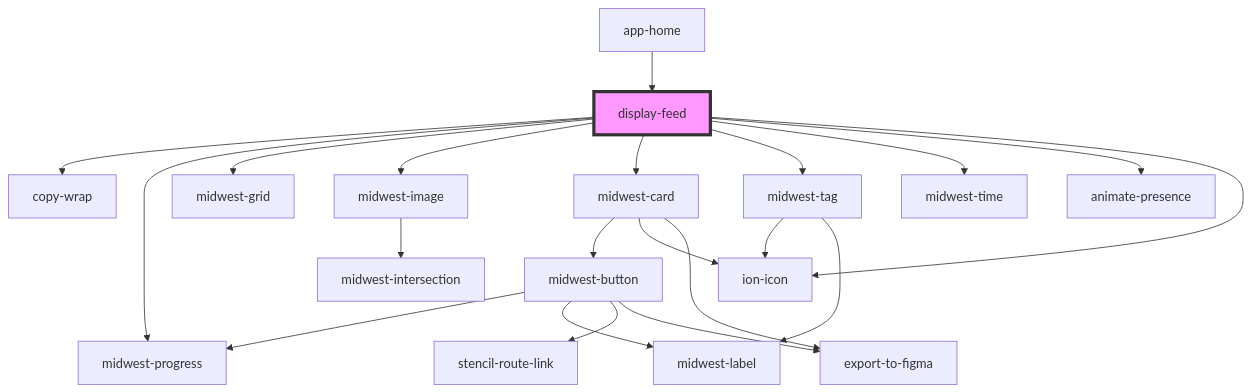
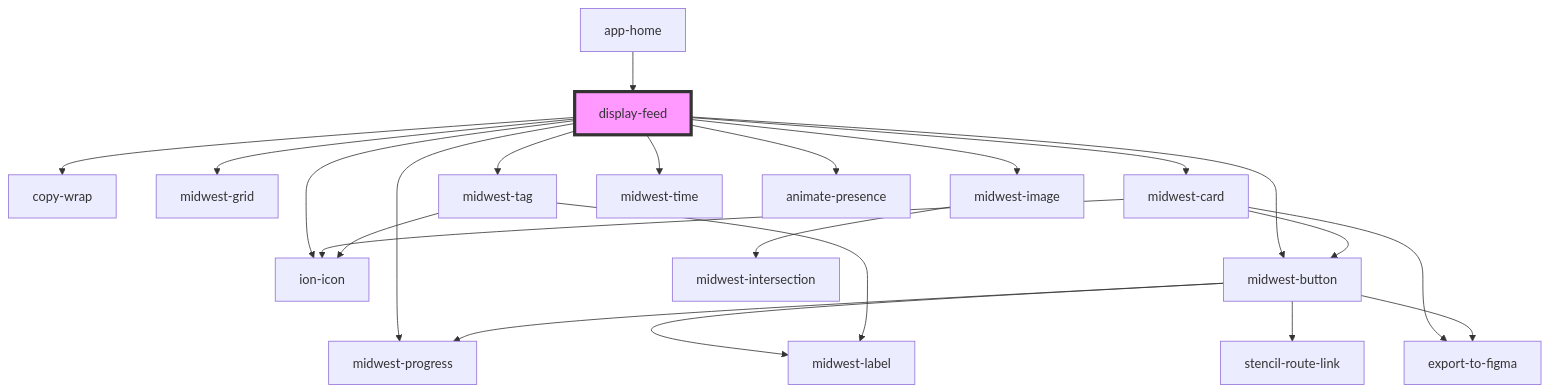
One commit to splitinfinities/Midwest changed the diagram in packages/new-tab/docs/components/display-feed/readme.md. Above: the diagram before and after it, drawn with Mermaid. The commit also changed other lines of this file and 33 other files, not shown here.

````diff
--- a/packages/new-tab/docs/components/display-feed/readme.md
+++ b/packages/new-tab/docs/components/display-feed/readme.md
@@ -37,24 +38,25 @@
 ```mermaid
 graph TD;
   display-feed --> copy-wrap
   display-feed --> midwest-progress
   display-feed --> midwest-grid
   display-feed --> midwest-image
   display-feed --> midwest-card
   display-feed --> midwest-tag
   display-feed --> midwest-time
   display-feed --> animate-presence
   display-feed --> ion-icon
+  display-feed --> midwest-button
   midwest-image --> midwest-intersection
   midwest-card --> midwest-button
   midwest-card --> ion-icon
   midwest-card --> export-to-figma
   midwest-button --> midwest-progress
   midwest-button --> midwest-label
   midwest-button --> stencil-route-link
   midwest-button --> export-to-figma
   midwest-tag --> ion-icon
   midwest-tag --> midwest-label
   app-home --> display-feed
   style display-feed fill:#f9f,stroke:#333,stroke-width:4px
 ```
````
